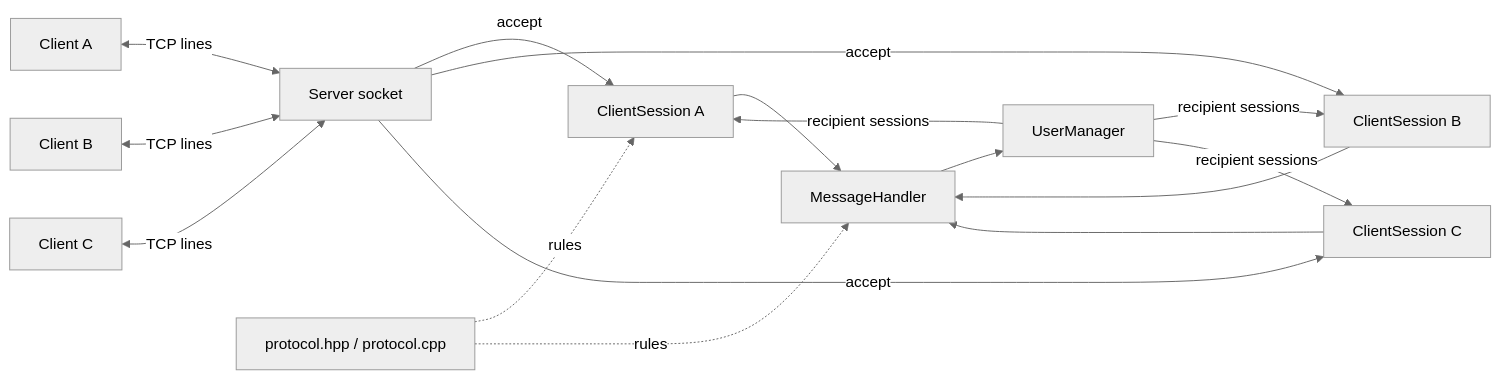
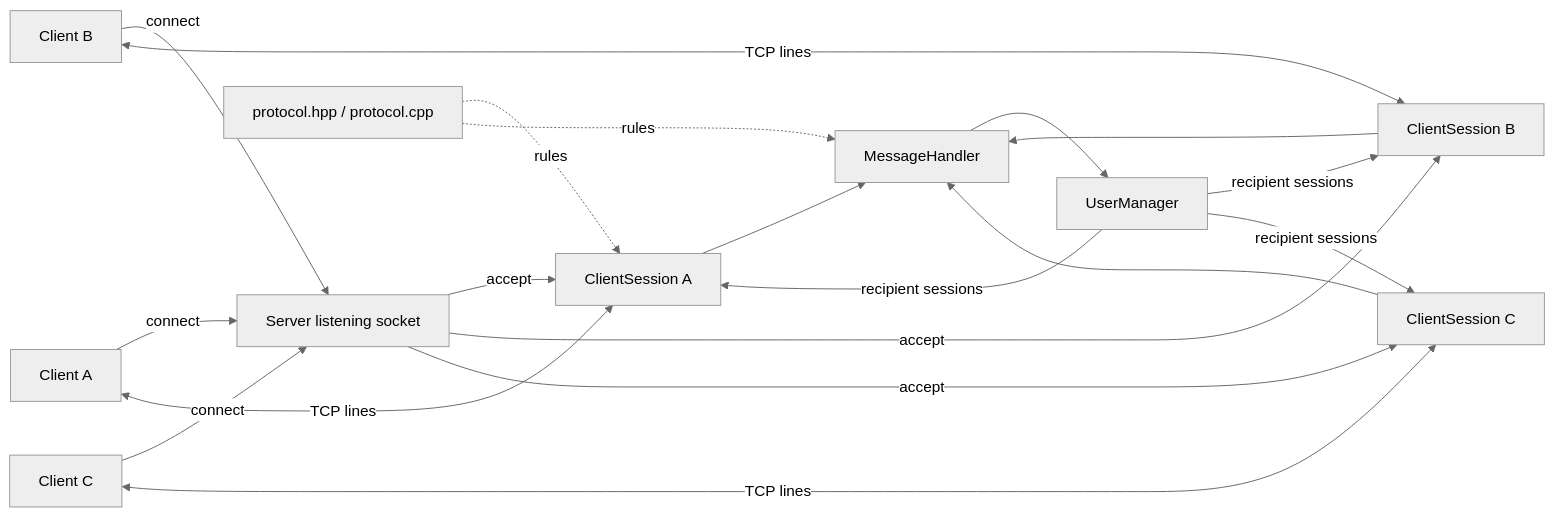
Before and after one commit to anhenaobe/Linux-Servers: the diagram in docs/architecture.md, drawn with Mermaid (neutral theme). The commit also changed other lines of this file and 6 other files, not shown here.

````diff
--- a/docs/architecture.md
+++ b/docs/architecture.md
@@ -41,22 +41,25 @@
 ```mermaid
 flowchart LR
-    C1[Client A] <-->|TCP lines| S[Server socket]
-    C2[Client B] <-->|TCP lines| S
-    C3[Client C] <-->|TCP lines| S
+    C1[Client A] -->|connect| S[Server listening socket]
+    C2[Client B] -->|connect| S
+    C3[Client C] -->|connect| S
 
     S -->|accept| CS1[ClientSession A]
     S -->|accept| CS2[ClientSession B]
     S -->|accept| CS3[ClientSession C]
+    C1 <-->|TCP lines| CS1
+    C2 <-->|TCP lines| CS2
+    C3 <-->|TCP lines| CS3
 
     CS1 --> MH[MessageHandler]
     CS2 --> MH
     CS3 --> MH
 
     MH --> UM[UserManager]
     UM -->|recipient sessions| CS1
     UM -->|recipient sessions| CS2
     UM -->|recipient sessions| CS3
 
     P[protocol.hpp / protocol.cpp] -.rules.-> CS1
     P -.rules.-> MH
 ```
````
